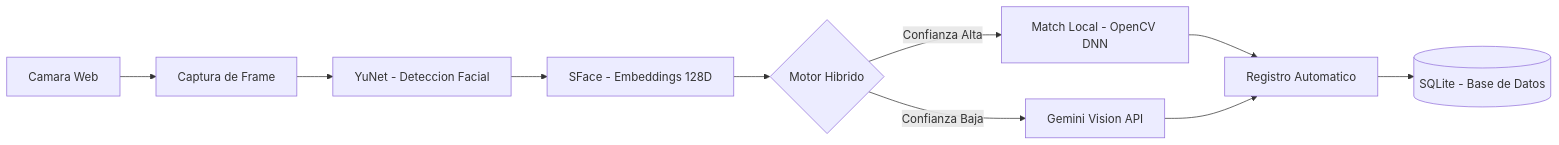
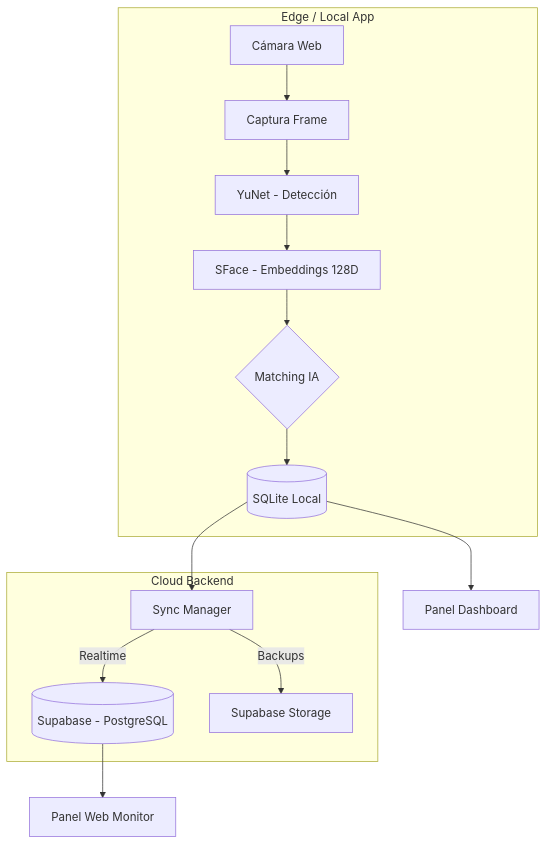
The first of 3 diagrams in README.md (Safe-LM/app-login-trabajadores-desktop), drawn with Mermaid before and after one commit. The commit also changed other lines of this file and 2 other files, not shown here.

Commit message:
feat: integración Supabase y base de datos limpia (56 empleados)

````diff
--- a/README.md
+++ b/README.md
@@ -38,12 +40,19 @@
 ```mermaid
-flowchart LR
-    CAM["Camara Web"] --> FRAME["Captura de Frame"]
-    FRAME --> YUNET["YuNet - Deteccion Facial"]
-    YUNET --> SFACE["SFace - Embeddings 128D"]
-    SFACE --> MATCH{"Motor Hibrido"}
-    MATCH -->|"Confianza Alta"| LOCAL["Match Local - OpenCV DNN"]
-    MATCH -->|"Confianza Baja"| GEMINI["Gemini Vision API"]
-    LOCAL --> REG["Registro Automatico"]
-    GEMINI --> REG
-    REG --> DB[("SQLite - Base de Datos")]
+flowchart TD
+    subgraph "Edge / Local App"
+        CAM["Cámara Web"] --> FRAME["Captura Frame"]
+        FRAME --> YUNET["YuNet - Detección"]
+        YUNET --> SFACE["SFace - Embeddings 128D"]
+        SFACE --> MATCH{"Matching IA"}
+        MATCH --> LOCAL_DB[("SQLite Local")]
+    end
+
+    subgraph "Cloud Backend"
+        LOCAL_DB --> SYNC["Sync Manager"]
+        SYNC -->|Realtime| SB_DB[("Supabase - PostgreSQL")]
+        SYNC -->|Backups| SB_STORAGE["Supabase Storage"]
+    end
+
+    LOCAL_DB --> REG["Panel Dashboard"]
+    SB_DB --> WEB["Panel Web Monitor"]
 ```
````
